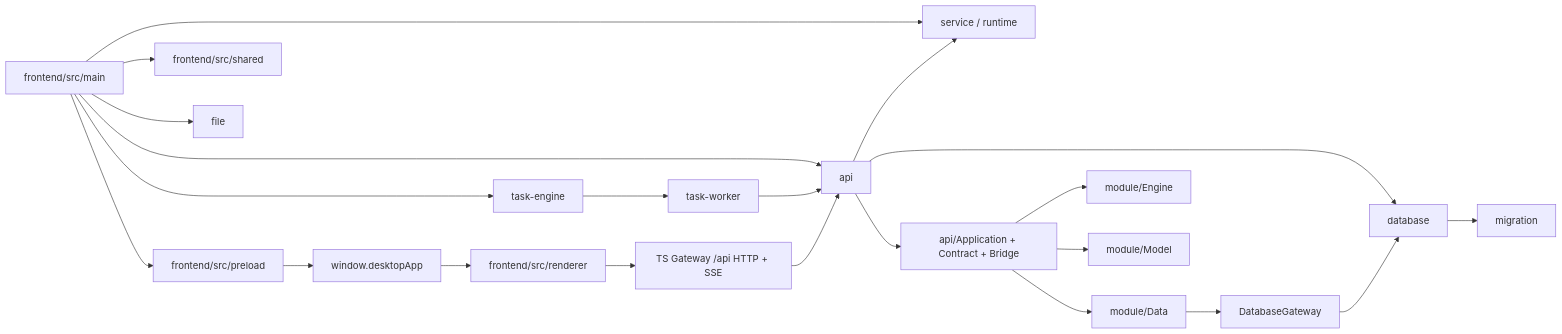
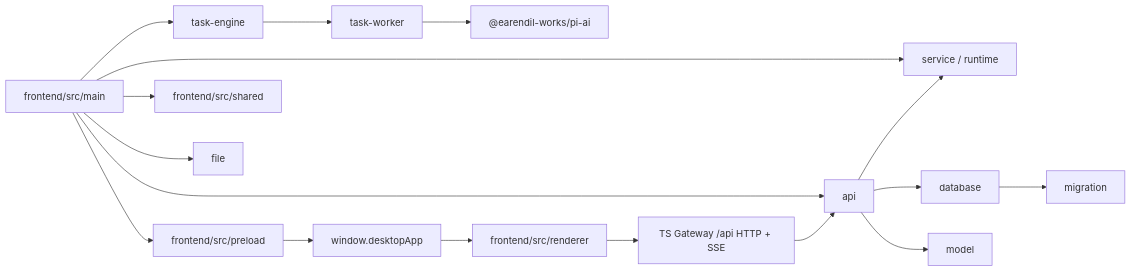
Before and after one commit to neavo/LinguaGacha: the first of 3 diagrams in docs/ARCHITECTURE.md, drawn with Mermaid. The commit also changed other lines of this file and 239 other files, not shown here.

````diff
--- a/docs/ARCHITECTURE.md
+++ b/docs/ARCHITECTURE.md
@@ -8,24 +8,19 @@
 ```mermaid
 flowchart LR
     A["frontend/src/main"] --> O["api"]
     A --> P["service / runtime"]
     O --> P
     O --> M["database"]
-    O --> G["api/Application + Contract + Bridge"]
+    O --> Y["model"]
     M --> N["migration"]
     A --> Q["task-engine"]
     Q --> R["task-worker"]
-    R --> O
+    R --> X["@earendil-works/pi-ai"]
     A --> B["frontend/src/preload"]
     A --> C["frontend/src/shared"]
     B --> D["window.desktopApp"]
     D --> E["frontend/src/renderer"]
     E --> F["TS Gateway /api HTTP + SSE"]
     F --> O
-    G --> H["module/Data"]
-    G --> I["module/Engine"]
-    G --> K["module/Model"]
-    H --> L["DatabaseGateway"]
-    L --> M
     A --> J["file"]
 ```
````
